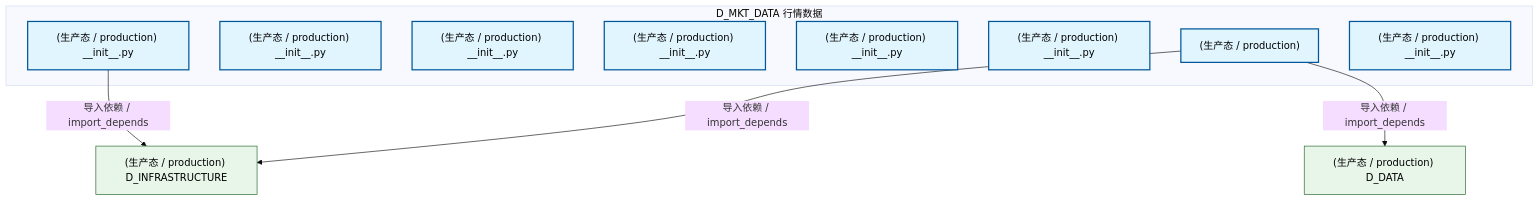
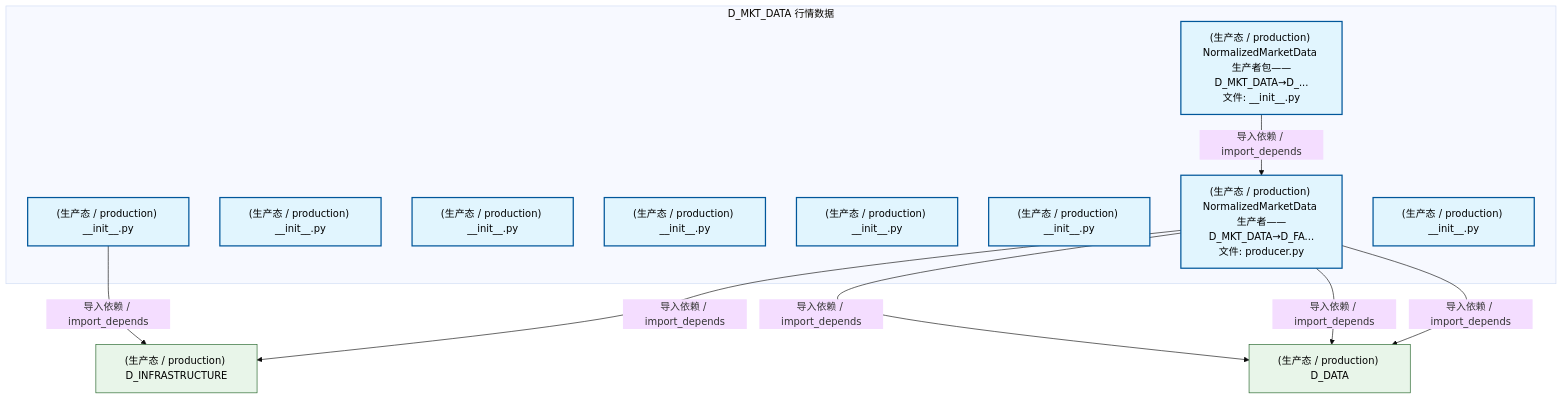
The first of 3 diagrams in docs/02_enterprise_architecture/02_domain_architecture_docs/23_d_mkt_data.md (xuanFelixVan/ZephyrAlpha), drawn with Mermaid (base theme) before and after one commit. The commit also changed other lines of this file and 79 other files, not shown here.

````diff
--- a/docs/02_enterprise_architecture/02_domain_architecture_docs/23_d_mkt_data.md
+++ b/docs/02_enterprise_architecture/02_domain_architecture_docs/23_d_mkt_data.md
@@ -68,24 +69,28 @@
 ```mermaid
 graph TD
     subgraph D_MKT_DATA["D_MKT_DATA 行情数据"]
         src_zephyr_market_data_init_py["(生产态 / production) __init__.py"]
         src_zephyr_market_data_extensions_init_py["(生产态 / production) __init__.py"]
         src_zephyr_market_data_api_init_py["(生产态 / production) __init__.py"]
         src_zephyr_market_data_core_init_py["(生产态 / production) __init__.py"]
         src_zephyr_market_data_infrastructure_init_py["(生产态 / production) __init__.py"]
         src_zephyr_market_data_models_init_py["(生产态 / production) __init__.py"]
-        src_zephyr_market_data_normalized_market_data_producer["(生产态 / production) "]
+        src_zephyr_market_data_normalized_market_data_producer_init_py["(生产态 / production) NormalizedMarketData 生产者包——D_MKT_DATA→D_...<br/>文件: __init__.py"]
+        src_zephyr_market_data_normalized_market_data_producer_producer_py["(生产态 / production) NormalizedMarketData 生产者——D_MKT_DATA→D_FA...<br/>文件: producer.py"]
         src_zephyr_market_data_services_init_py["(生产态 / production) __init__.py"]
     end
+    src_zephyr_market_data_normalized_market_data_producer_init_py -->|导入依赖 / import_depends| src_zephyr_market_data_normalized_market_data_producer_producer_py
     D_INFRASTRUCTURE["(生产态 / production) D_INFRASTRUCTURE"]
-    src_zephyr_market_data_normalized_market_data_producer -->|导入依赖 / import_depends| D_INFRASTRUCTURE
+    src_zephyr_market_data_normalized_market_data_producer_producer_py -->|导入依赖 / import_depends| D_INFRASTRUCTURE
     D_DATA["(生产态 / production) D_DATA"]
-    src_zephyr_market_data_normalized_market_data_producer -->|导入依赖 / import_depends| D_DATA
+    src_zephyr_market_data_normalized_market_data_producer_producer_py -->|导入依赖 / import_depends| D_DATA
+    src_zephyr_market_data_normalized_market_data_producer_producer_py -->|导入依赖 / import_depends| D_DATA
+    src_zephyr_market_data_normalized_market_data_producer_producer_py -->|导入依赖 / import_depends| D_DATA
     src_zephyr_market_data_init_py -->|导入依赖 / import_depends| D_INFRASTRUCTURE
     classDef production fill:#e1f5fe,stroke:#01579b,stroke-width:2px,color:#000
     classDef design fill:#fff3e0,stroke:#e65100,stroke-width:2px,color:#000,stroke-dasharray: 5 5
     classDef external_prod fill:#e8f5e9,stroke:#1b5e20,stroke-width:1px,color:#000
     classDef external_design fill:#fce4ec,stroke:#880e4f,stroke-width:1px,color:#000,stroke-dasharray: 5 5
-    class src_zephyr_market_data_init_py,src_zephyr_market_data_extensions_init_py,src_zephyr_market_data_api_init_py,src_zephyr_market_data_core_init_py,src_zephyr_market_data_infrastructure_init_py,src_zephyr_market_data_models_init_py,src_zephyr_market_data_normalized_market_data_producer,src_zephyr_market_data_services_init_py production
+    class src_zephyr_market_data_init_py,src_zephyr_market_data_extensions_init_py,src_zephyr_market_data_api_init_py,src_zephyr_market_data_core_init_py,src_zephyr_market_data_infrastructure_init_py,src_zephyr_market_data_models_init_py,src_zephyr_market_data_normalized_market_data_producer_init_py,src_zephyr_market_data_normalized_market_data_producer_producer_py,src_zephyr_market_data_services_init_py production
     class D_INFRASTRUCTURE,D_DATA external_prod
 ```
````
